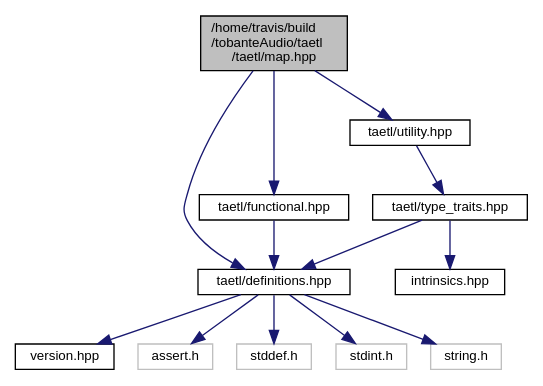
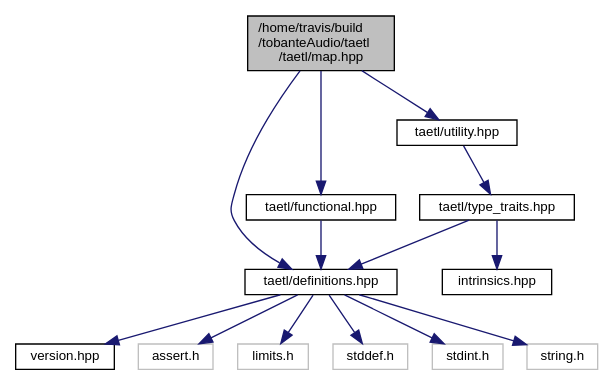
The diagram in map_8hpp__incl.dot (tobanteAudio/taetl), drawn with Graphviz before and after one commit. The commit also changed 198 other files, not shown here.

```diff
--- a/map_8hpp__incl.dot
+++ b/map_8hpp__incl.dot
@@ -1,28 +1,30 @@
 digraph "/home/travis/build/tobanteAudio/taetl/taetl/map.hpp"
 {
   edge [fontname="Helvetica",fontsize="10",labelfontname="Helvetica",labelfontsize="10"];
   node [fontname="Helvetica",fontsize="10",shape=record];
   Node0 [label="/home/travis/build\l/tobanteAudio/taetl\l/taetl/map.hpp",height=0.2,width=0.4,color="black", fillcolor="grey75", style="filled", fontcolor="black"];
   Node0 -> Node1 [color="midnightblue",fontsize="10",style="solid",fontname="Helvetica"];
   Node1 [label="taetl/definitions.hpp",height=0.2,width=0.4,color="black", fillcolor="white", style="filled",URL="$definitions_8hpp.html"];
   Node1 -> Node2 [color="midnightblue",fontsize="10",style="solid",fontname="Helvetica"];
   Node2 [label="version.hpp",height=0.2,width=0.4,color="black", fillcolor="white", style="filled",URL="$version_8hpp.html"];
   Node1 -> Node3 [color="midnightblue",fontsize="10",style="solid",fontname="Helvetica"];
   Node3 [label="assert.h",height=0.2,width=0.4,color="grey75", fillcolor="white", style="filled"];
   Node1 -> Node4 [color="midnightblue",fontsize="10",style="solid",fontname="Helvetica"];
-  Node4 [label="stddef.h",height=0.2,width=0.4,color="grey75", fillcolor="white", style="filled"];
+  Node4 [label="limits.h",height=0.2,width=0.4,color="grey75", fillcolor="white", style="filled"];
   Node1 -> Node5 [color="midnightblue",fontsize="10",style="solid",fontname="Helvetica"];
-  Node5 [label="stdint.h",height=0.2,width=0.4,color="grey75", fillcolor="white", style="filled"];
+  Node5 [label="stddef.h",height=0.2,width=0.4,color="grey75", fillcolor="white", style="filled"];
   Node1 -> Node6 [color="midnightblue",fontsize="10",style="solid",fontname="Helvetica"];
-  Node6 [label="string.h",height=0.2,width=0.4,color="grey75", fillcolor="white", style="filled"];
-  Node0 -> Node7 [color="midnightblue",fontsize="10",style="solid",fontname="Helvetica"];
-  Node7 [label="taetl/functional.hpp",height=0.2,width=0.4,color="black", fillcolor="white", style="filled",URL="$functional_8hpp.html"];
-  Node7 -> Node1 [color="midnightblue",fontsize="10",style="solid",fontname="Helvetica"];
+  Node6 [label="stdint.h",height=0.2,width=0.4,color="grey75", fillcolor="white", style="filled"];
+  Node1 -> Node7 [color="midnightblue",fontsize="10",style="solid",fontname="Helvetica"];
+  Node7 [label="string.h",height=0.2,width=0.4,color="grey75", fillcolor="white", style="filled"];
   Node0 -> Node8 [color="midnightblue",fontsize="10",style="solid",fontname="Helvetica"];
-  Node8 [label="taetl/utility.hpp",height=0.2,width=0.4,color="black", fillcolor="white", style="filled",URL="$utility_8hpp.html"];
-  Node8 -> Node9 [color="midnightblue",fontsize="10",style="solid",fontname="Helvetica"];
-  Node9 [label="taetl/type_traits.hpp",height=0.2,width=0.4,color="black", fillcolor="white", style="filled",URL="$type__traits_8hpp.html"];
-  Node9 -> Node1 [color="midnightblue",fontsize="10",style="solid",fontname="Helvetica"];
+  Node8 [label="taetl/functional.hpp",height=0.2,width=0.4,color="black", fillcolor="white", style="filled",URL="$functional_8hpp.html"];
+  Node8 -> Node1 [color="midnightblue",fontsize="10",style="solid",fontname="Helvetica"];
+  Node0 -> Node9 [color="midnightblue",fontsize="10",style="solid",fontname="Helvetica"];
+  Node9 [label="taetl/utility.hpp",height=0.2,width=0.4,color="black", fillcolor="white", style="filled",URL="$utility_8hpp.html"];
   Node9 -> Node10 [color="midnightblue",fontsize="10",style="solid",fontname="Helvetica"];
-  Node10 [label="intrinsics.hpp",height=0.2,width=0.4,color="black", fillcolor="white", style="filled",URL="$intrinsics_8hpp.html"];
+  Node10 [label="taetl/type_traits.hpp",height=0.2,width=0.4,color="black", fillcolor="white", style="filled",URL="$type__traits_8hpp.html"];
+  Node10 -> Node1 [color="midnightblue",fontsize="10",style="solid",fontname="Helvetica"];
+  Node10 -> Node11 [color="midnightblue",fontsize="10",style="solid",fontname="Helvetica"];
+  Node11 [label="intrinsics.hpp",height=0.2,width=0.4,color="black", fillcolor="white", style="filled",URL="$intrinsics_8hpp.html"];
 }
```
